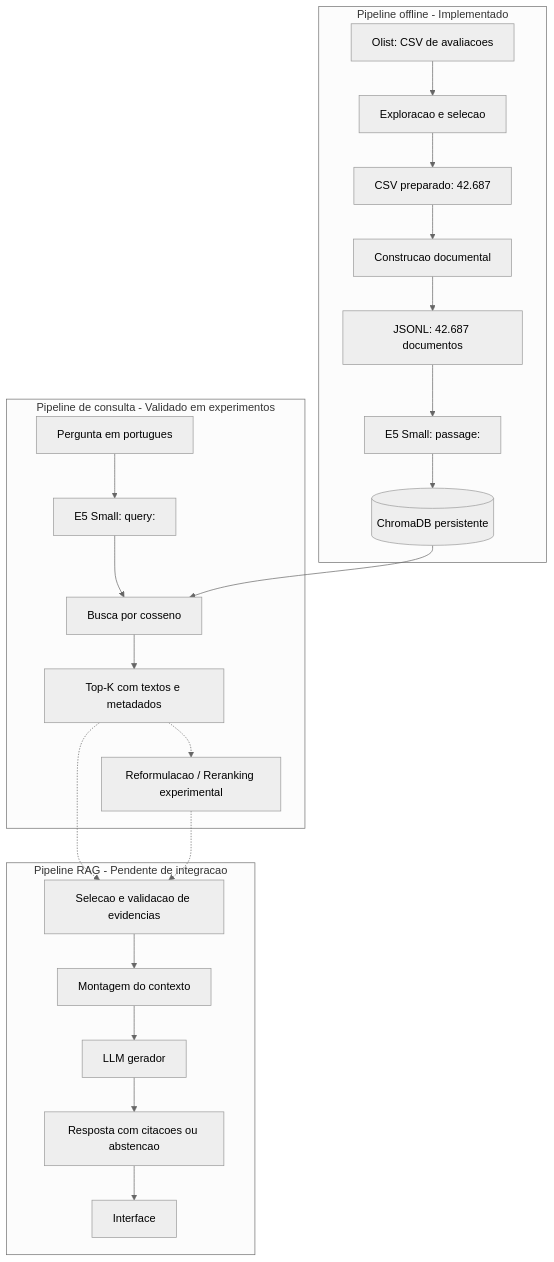
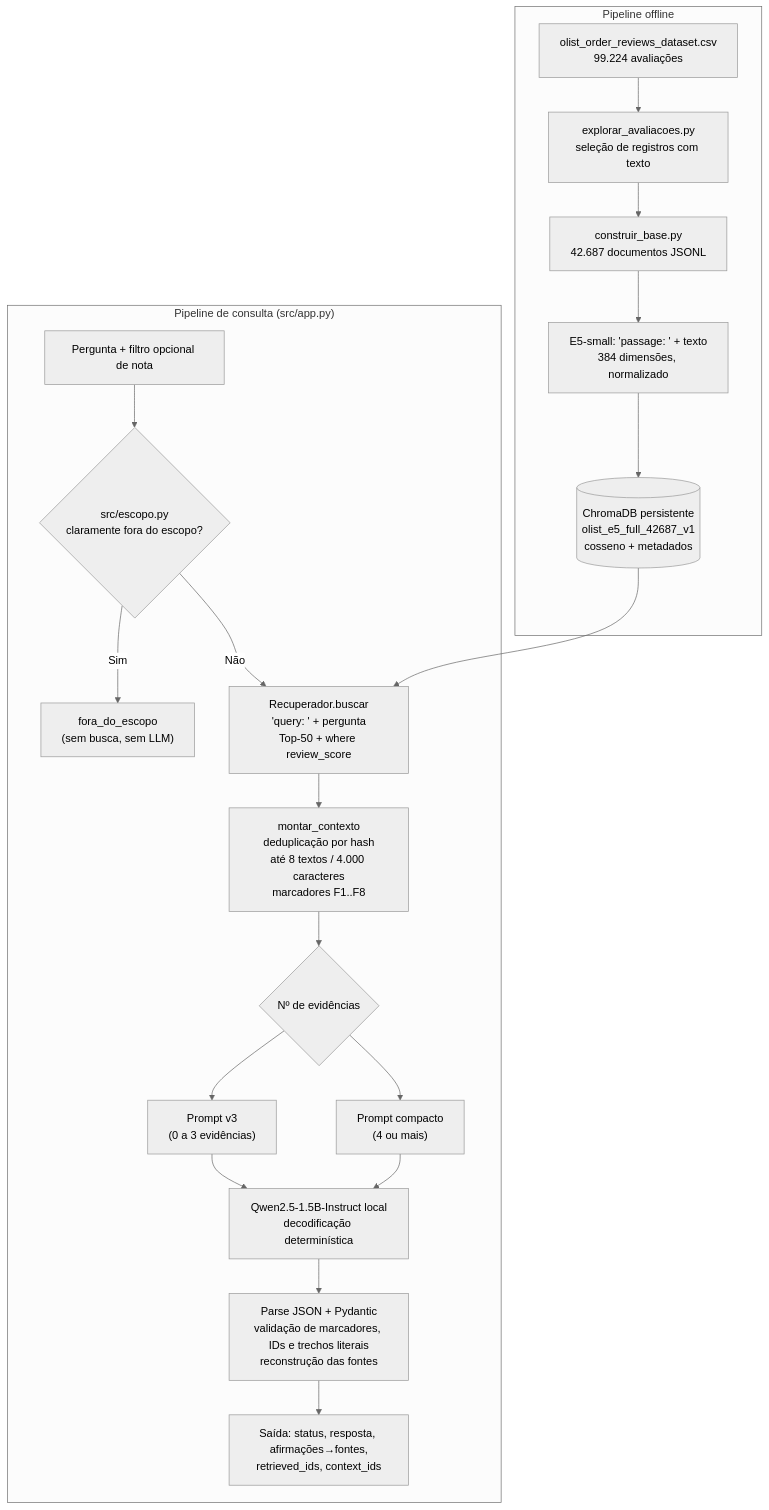
Before and after one commit to AndrePellegrini/tech-challenge-fase4: the diagram in docs/arquitetura.md, drawn with Mermaid (neutral theme). The commit also changed other lines of this file and 5 other files, not shown here.

````diff
--- a/docs/arquitetura.md
+++ b/docs/arquitetura.md
@@ -22,37 +18,33 @@
 ```mermaid
 flowchart TD
-    subgraph OFFLINE["Pipeline offline - Implementado"]
-        A["Olist: CSV de avaliacoes"]
-        B["Exploracao e selecao"]
-        C["CSV preparado: 42.687"]
-        D["Construcao documental"]
-        E["JSONL: 42.687 documentos"]
-        F["E5 Small: passage:"]
-        G[("ChromaDB persistente")]
-        A --> B --> C --> D --> E --> F --> G
+    subgraph OFFLINE["Pipeline offline"]
+        A["olist_order_reviews_dataset.csv<br/>99.224 avaliações"]
+        B["explorar_avaliacoes.py<br/>seleção de registros com texto"]
+        C["construir_base.py<br/>42.687 documentos JSONL"]
+        D["E5-small: 'passage: ' + texto<br/>384 dimensões, normalizado"]
+        E[("ChromaDB persistente<br/>olist_e5_full_42687_v1<br/>cosseno + metadados")]
+        A --> B --> C --> D --> E
     end
 
-    subgraph CONSULTA["Pipeline de consulta - Validado em experimentos"]
-        Q["Pergunta em portugues"]
-        H["E5 Small: query:"]
-        I["Busca por cosseno"]
-        J["Top-K com textos e metadados"]
-        K["Reformulacao / Reranking experimental"]
-        Q --> H --> I --> J
-        J -.-> K
+    subgraph CONSULTA["Pipeline de consulta (src/app.py)"]
+        Q["Pergunta + filtro opcional de nota"]
+        S{"src/escopo.py<br/>claramente fora do escopo?"}
+        X["fora_do_escopo<br/>(sem busca, sem LLM)"]
+        R["Recuperador.buscar<br/>'query: ' + pergunta<br/>Top-50 + where review_score"]
+        CT["montar_contexto<br/>deduplicação por hash<br/>até 8 textos / 4.000 caracteres<br/>marcadores F1..F8"]
+        P{"Nº de evidências"}
+        P1["Prompt v3<br/>(0 a 3 evidências)"]
+        P2["Prompt compacto<br/>(4 ou mais)"]
+        L["Qwen2.5-1.5B-Instruct local<br/>decodificação determinística"]
+        V["Parse JSON + Pydantic<br/>validação de marcadores, IDs e trechos literais<br/>reconstrução das fontes"]
+        O["Saída: status, resposta, afirmações→fontes,<br/>retrieved_ids, context_ids"]
+        Q --> S
+        S -->|Sim| X
+        S -->|Não| R --> CT --> P
+        P --> P1 --> L
+        P --> P2 --> L
+        L --> V --> O
     end
 
-    G --> I
-
-    subgraph FUTURO["Pipeline RAG - Pendente de integracao"]
-        L["Selecao e validacao de evidencias"]
-        M["Montagem do contexto"]
-        N["LLM gerador"]
-        O["Resposta com citacoes ou abstencao"]
-        P["Interface"]
-        L --> M --> N --> O --> P
-    end
-
-    J -.-> L
-    K -.-> L
+    E --> R
 ```
````
